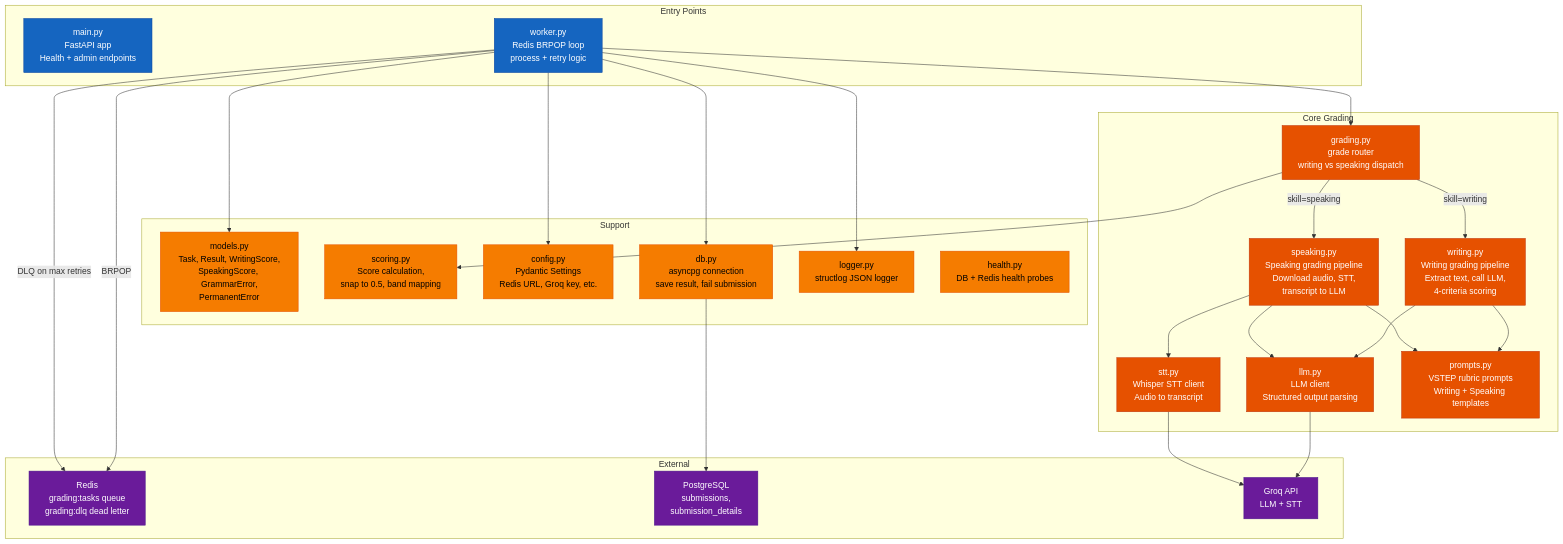
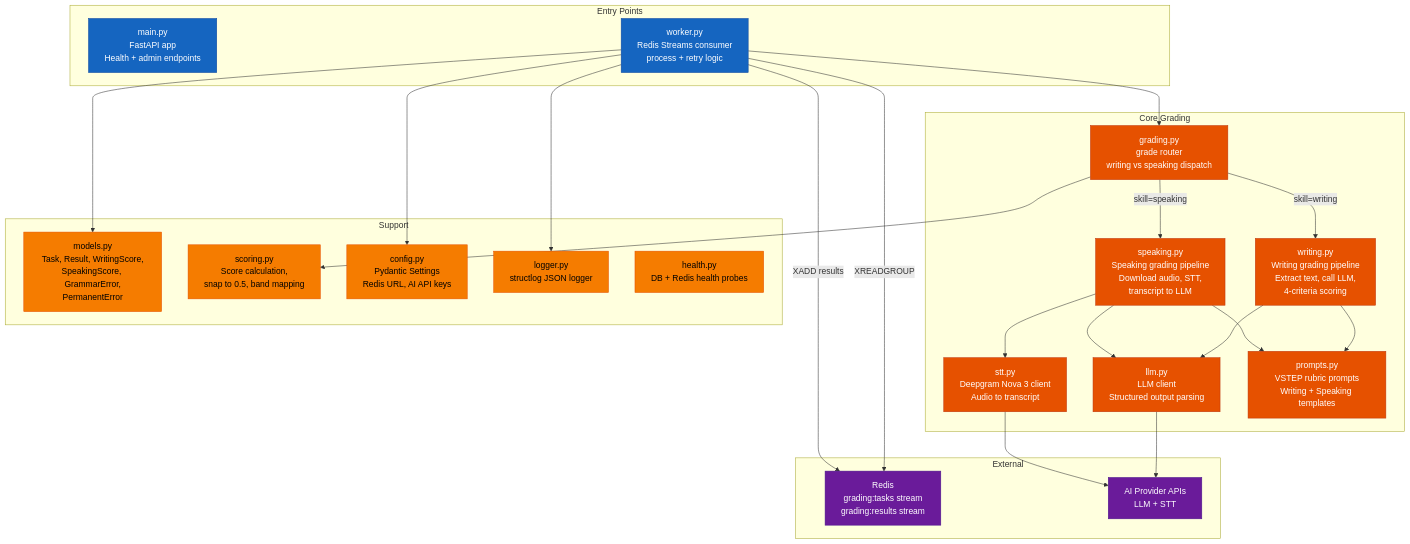
One commit to 81CuongVn/VSTEP changed the fourth of 16 diagrams in docs/capstone/reports/VI/report4-software-design-document.md. Above: the diagram before and after it, drawn with Mermaid. The commit also changed other lines of this file and 1 other file, not shown here.

````diff
--- a/docs/capstone/reports/VI/report4-software-design-document.md
+++ b/docs/capstone/reports/VI/report4-software-design-document.md
@@ -277,62 +275,58 @@
 ```mermaid
 flowchart TB
     subgraph Entry ["Entry Points"]
         Main["main.py<br/>FastAPI app<br/>Health + admin endpoints"]
-        WorkerPy["worker.py<br/>Redis BRPOP loop<br/>process + retry logic"]
+        WorkerPy["worker.py<br/>Redis Streams consumer<br/>process + retry logic"]
     end
 
     subgraph Core ["Core Grading"]
         Grading["grading.py<br/>grade router<br/>writing vs speaking dispatch"]
         Writing["writing.py<br/>Writing grading pipeline<br/>Extract text, call LLM,<br/>4-criteria scoring"]
         Speaking["speaking.py<br/>Speaking grading pipeline<br/>Download audio, STT,<br/>transcript to LLM"]
-        STT["stt.py<br/>Whisper STT client<br/>Audio to transcript"]
+        STT["stt.py<br/>Deepgram Nova 3 client<br/>Audio to transcript"]
         LLM["llm.py<br/>LLM client<br/>Structured output parsing"]
         Prompts["prompts.py<br/>VSTEP rubric prompts<br/>Writing + Speaking templates"]
     end
 
     subgraph Support ["Support"]
         Models["models.py<br/>Task, Result, WritingScore,<br/>SpeakingScore, GrammarError,<br/>PermanentError"]
         ScoringPy["scoring.py<br/>Score calculation,<br/>snap to 0.5, band mapping"]
-        Config["config.py<br/>Pydantic Settings<br/>Redis URL, Groq key, etc."]
-        DB["db.py<br/>asyncpg connection<br/>save result, fail submission"]
+        Config["config.py<br/>Pydantic Settings<br/>Redis URL, AI API keys"]
         LoggerPy["logger.py<br/>structlog JSON logger"]
         HealthPy["health.py<br/>DB + Redis health probes"]
     end
 
     subgraph External ["External"]
-        RedisQ["Redis<br/>grading:tasks queue<br/>grading:dlq dead letter"]
-        PGDB["PostgreSQL<br/>submissions,<br/>submission_details"]
-        GroqAPI["Groq API<br/>LLM + STT"]
+        RedisQ["Redis<br/>grading:tasks stream<br/>grading:results stream"]
+        AIProviderAPI["AI Provider APIs<br/>LLM + STT"]
     end
 
-    WorkerPy -->|"BRPOP"| RedisQ
+    WorkerPy -->|"XREADGROUP"| RedisQ
     WorkerPy --> Grading
     Grading -->|"skill=writing"| Writing
     Grading -->|"skill=speaking"| Speaking
     Writing --> LLM
     Writing --> Prompts
     Speaking --> STT
     Speaking --> LLM
     Speaking --> Prompts
-    LLM --> GroqAPI
-    STT --> GroqAPI
+    LLM --> AIProviderAPI
+    STT --> AIProviderAPI
 
     Grading --> ScoringPy
-    WorkerPy --> DB
-    DB --> PGDB
-    WorkerPy -->|"DLQ on max retries"| RedisQ
+    WorkerPy -->|"XADD results"| RedisQ
 
     WorkerPy --> Models
     WorkerPy --> Config
     WorkerPy --> LoggerPy
 
     classDef entry fill:#1565c0,stroke:#0d47a1,color:#fff
     classDef core fill:#e65100,stroke:#bf360c,color:#fff
     classDef support fill:#f57c00,stroke:#e65100,color:#000
     classDef ext fill:#6a1b9a,stroke:#4a148c,color:#fff
 
     class Main,WorkerPy entry
     class Grading,Writing,Speaking,STT,LLM,Prompts core
-    class Models,ScoringPy,Config,DB,LoggerPy,HealthPy support
-    class RedisQ,PGDB,GroqAPI ext
+    class Models,ScoringPy,Config,LoggerPy,HealthPy support
+    class RedisQ,AIProviderAPI ext
 ```
````
